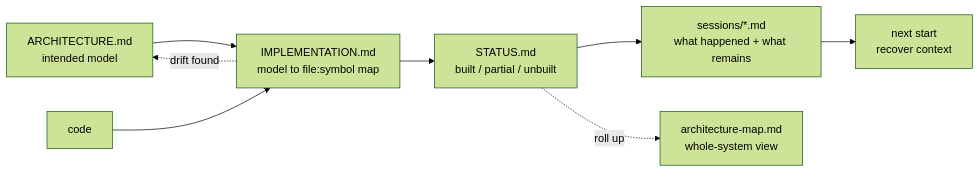
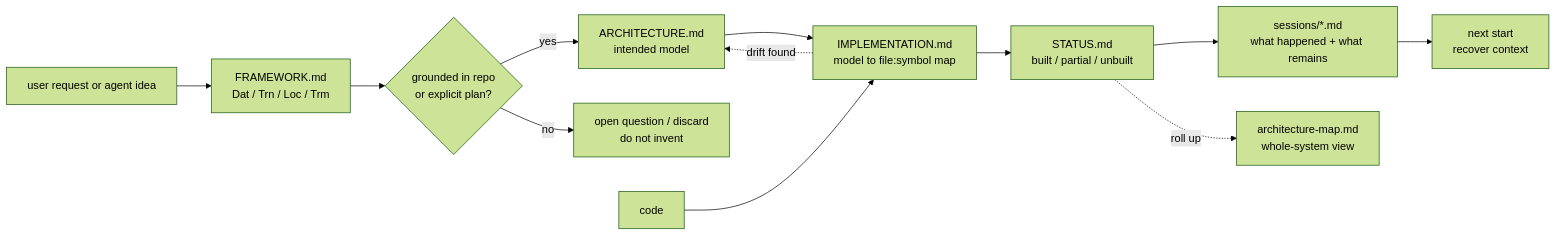
Before and after one commit to LessComplexity/supercharge: the third of 3 diagrams in README.md, drawn with Mermaid (forest theme). The commit also changed other lines of this file and 1 other file, not shown here.

````diff
--- a/README.md
+++ b/README.md
@@ -73,10 +94,14 @@
 ```mermaid
 flowchart LR
-  Model["ARCHITECTURE.md<br/>intended model"] --> Impl["IMPLEMENTATION.md<br/>model to file:symbol map"]
+  Request["user request or agent idea"] --> Framework["FRAMEWORK.md<br/>Dat / Trn / Loc / Trm"]
+  Framework --> Grounded{"grounded in repo<br/>or explicit plan?"}
+  Grounded -->|"yes"| Model["ARCHITECTURE.md<br/>intended model"]
+  Grounded -->|"no"| Question["open question / discard<br/>do not invent"]
+  Model --> Impl["IMPLEMENTATION.md<br/>model to file:symbol map"]
   Impl --> Status["STATUS.md<br/>built / partial / unbuilt"]
   Status --> Session["sessions/*.md<br/>what happened + what remains"]
   Session --> StartAgain["next start<br/>recover context"]
   Code["code"] --> Impl
   Impl -. drift found .-> Model
   Status -. roll up .-> Map["architecture-map.md<br/>whole-system view"]
 ```
````
